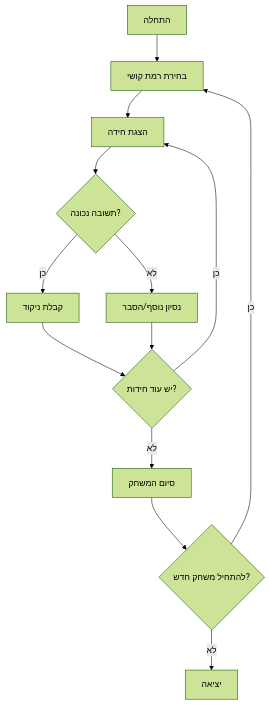
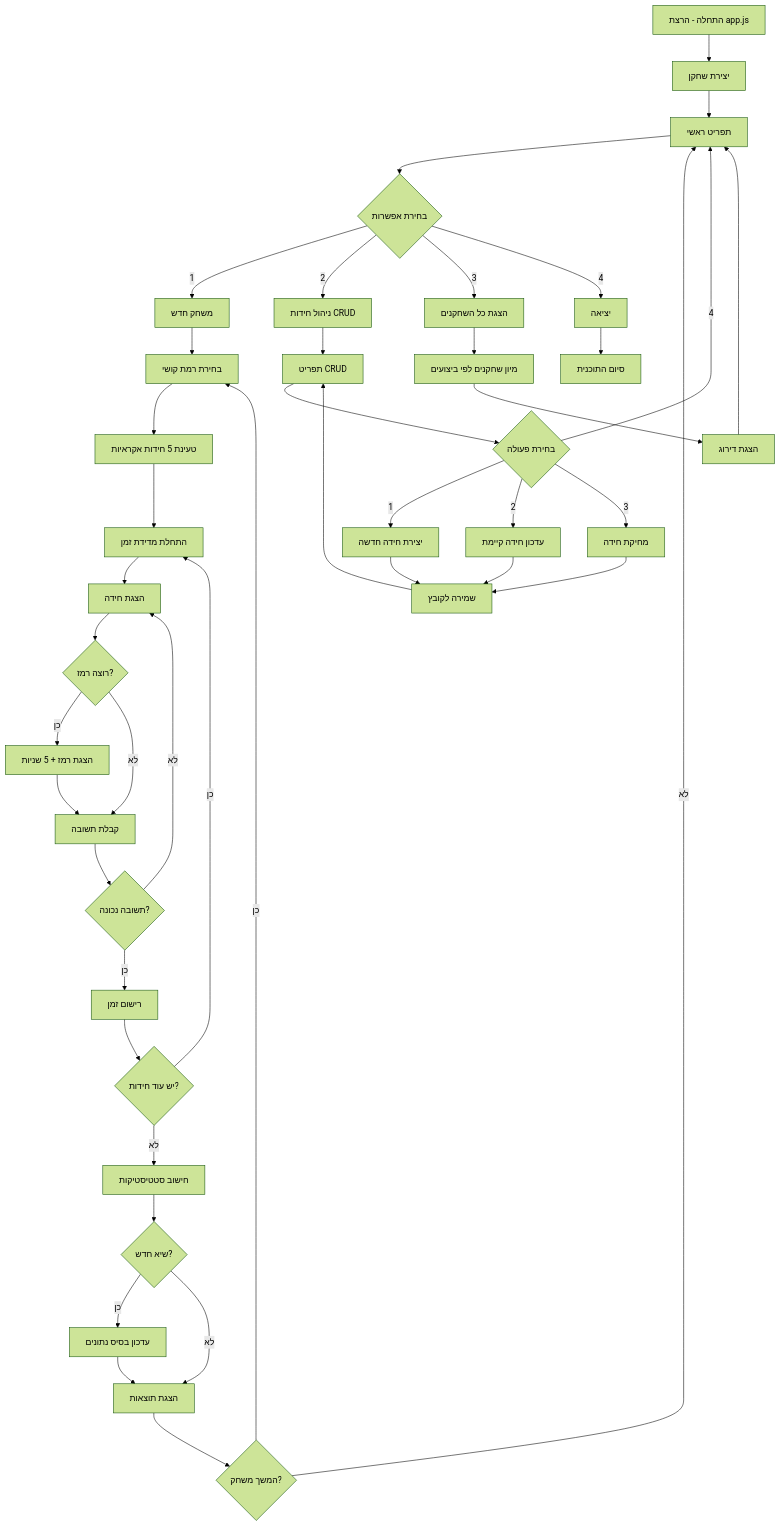
Before and after one commit to elazarmatan/riddles_project: the diagram in README.md, drawn with Mermaid (forest theme). The commit also changed other lines of this file, not shown here.

````diff
--- a/README.md
+++ b/README.md
@@ -41,15 +124,48 @@
 ```mermaid
 flowchart TD
-    A[התחלה] --> B[בחירת רמת קושי]
-    B --> C[הצגת חידה]
-    C --> D{תשובה נכונה?}
-    D -- כן --> E[קבלת ניקוד]
-    D -- לא --> F[נסיון נוסף/הסבר]
-    E --> G{יש עוד חידות?}
-    F --> G
-    G -- כן --> C
-    G -- לא --> H[סיום המשחק]
-    H --> I{להתחיל משחק חדש?}
-    I -- כן --> B
-    I -- לא --> J[יציאה]
+    A[התחלה - הרצת app.js] --> B[יצירת שחקן]
+    B --> C[תפריט ראשי]
+    
+    C --> D{בחירת אפשרות}
+    D -->|1| E[משחק חדש]
+    D -->|2| F[ניהול חידות CRUD]
+    D -->|3| G[הצגת כל השחקנים]
+    D -->|4| H[יציאה]
+    
+    E --> I[בחירת רמת קושי]
+    I --> J[טעינת 5 חידות אקראיות]
+    J --> K[התחלת מדידת זמן]
+    K --> L[הצגת חידה]
+    L --> M{רוצה רמז?}
+    M -->|כן| N[הצגת רמז + 5 שניות]
+    M -->|לא| O[קבלת תשובה]
+    N --> O
+    O --> P{תשובה נכונה?}
+    P -->|לא| L
+    P -->|כן| Q[רישום זמן]
+    Q --> R{יש עוד חידות?}
+    R -->|כן| K
+    R -->|לא| S[חישוב סטטיסטיקות]
+    S --> T{שיא חדש?}
+    T -->|כן| U[עדכון בסיס נתונים]
+    T -->|לא| V[הצגת תוצאות]
+    U --> V
+    V --> W{המשך משחק?}
+    W -->|כן| I
+    W -->|לא| C
+    
+    F --> X[תפריט CRUD]
+    X --> Y{בחירת פעולה}
+    Y -->|1| Z[יצירת חידה חדשה]
+    Y -->|2| AA[עדכון חידה קיימת]
+    Y -->|3| BB[מחיקת חידה]
+    Y -->|4| C
+    Z --> CC[שמירה לקובץ] --> X
+    AA --> CC
+    BB --> CC
+    
+    G --> DD[מיון שחקנים לפי ביצועים]
+    DD --> EE[הצגת דירוג] --> C
+    
+    H --> FF[סיום התוכנית]
 ```
````
